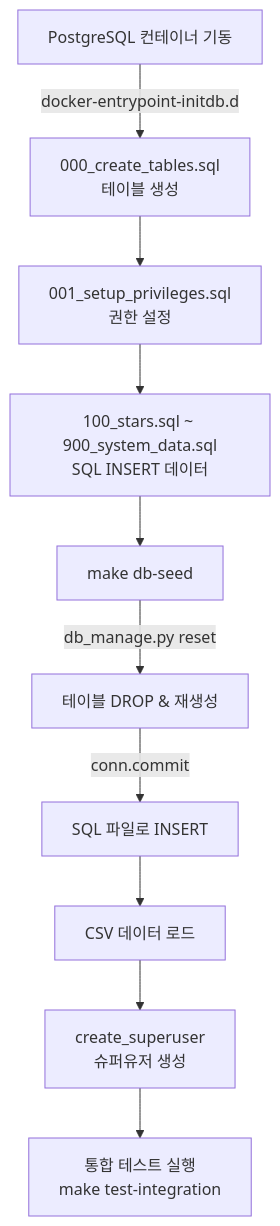
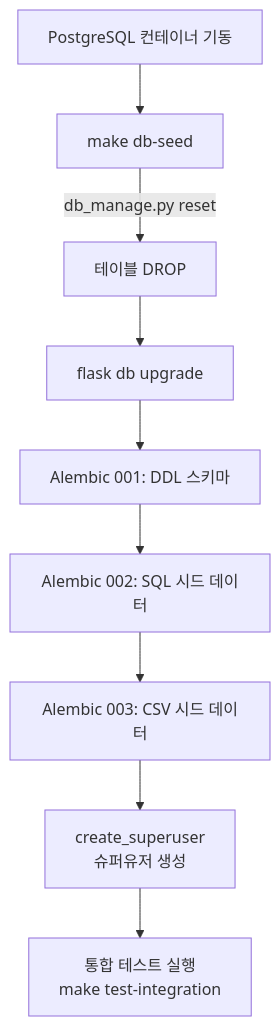
Before and after one commit to cnjw2021/LumiNine: the diagram in docs/ci-test-architecture.md, drawn with Mermaid. The commit also changed other lines of this file and 8 other files, not shown here.

First line of the commit message:
refactor: DB 시드 데이터 관리 일원화 (Alembic 통합) (#127)

````diff
--- a/docs/ci-test-architecture.md
+++ b/docs/ci-test-architecture.md
@@ -157,12 +157,11 @@
 ```mermaid
 graph TD
-    A[PostgreSQL 컨테이너 기동] -->|docker-entrypoint-initdb.d| B[000_create_tables.sql<br/>테이블 생성]
-    B --> C[001_setup_privileges.sql<br/>권한 설정]
-    C --> D[100_stars.sql ~ 900_system_data.sql<br/>SQL INSERT 데이터]
-    D --> E[make db-seed]
-    E -->|db_manage.py reset| F[테이블 DROP & 재생성]
-    F -->|conn.commit| G[SQL 파일로 INSERT]
-    G --> H[CSV 데이터 로드]
-    H --> I[create_superuser<br/>슈퍼유저 생성]
-    I --> J[통합 테스트 실행<br/>make test-integration]
+    A[PostgreSQL 컨테이너 기동] --> B[make db-seed]
+    B -->|db_manage.py reset| C[테이블 DROP]
+    C --> D[flask db upgrade]
+    D --> E[Alembic 001: DDL 스키마]
+    E --> F[Alembic 002: SQL 시드 데이터]
+    F --> G[Alembic 003: CSV 시드 데이터]
+    G --> H[create_superuser<br/>슈퍼유저 생성]
+    H --> I[통합 테스트 실행<br/>make test-integration]
 ```
````
